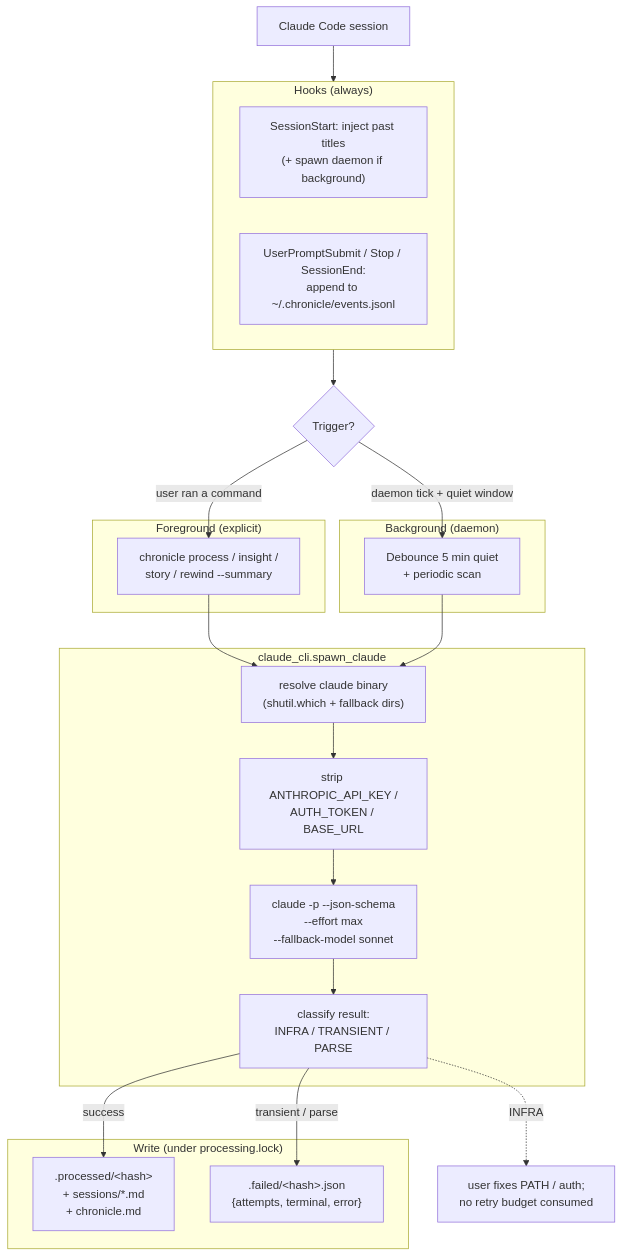
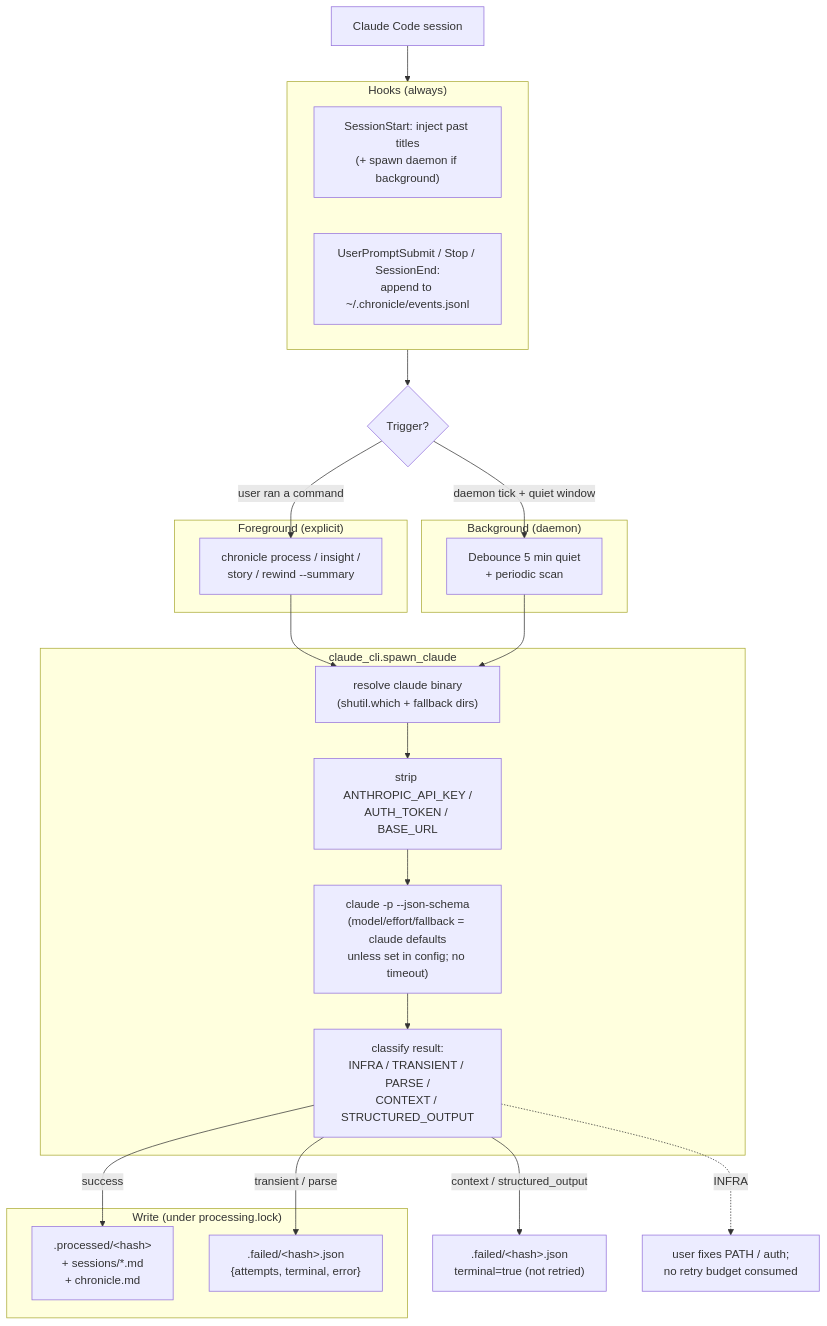
One commit to ehzawad/claudetalktoclaude changed the fourth of 7 diagrams in README.md. Above: the diagram before and after it, drawn with Mermaid. The commit also changed other lines of this file and 20 other files, not shown here.

````diff
--- a/README.md
+++ b/README.md
@@ -251,40 +251,41 @@
 ```mermaid
 flowchart TB
     subgraph hooks["Hooks (always)"]
         SS["SessionStart: inject past titles<br/>(+ spawn daemon if background)"]
         LOG["UserPromptSubmit / Stop / SessionEnd:<br/>append to ~/.chronicle/events.jsonl"]
     end
 
     TRIG{"Trigger?"}
 
     subgraph fg["Foreground (explicit)"]
         FG["chronicle process / insight /<br/>story / rewind --summary"]
     end
 
     subgraph bg["Background (daemon)"]
         BG["Debounce 5 min quiet<br/>+ periodic scan"]
     end
 
     subgraph pipeline["claude_cli.spawn_claude"]
         RESOLVE["resolve claude binary<br/>(shutil.which + fallback dirs)"]
         ENV["strip ANTHROPIC_API_KEY /<br/>AUTH_TOKEN / BASE_URL"]
-        SPAWN["claude -p --json-schema<br/>--effort max<br/>--fallback-model sonnet"]
-        CLASSIFY["classify result:<br/>INFRA / TRANSIENT / PARSE"]
+        SPAWN["claude -p --json-schema<br/>(model/effort/fallback = claude defaults<br/>unless set in config; no timeout)"]
+        CLASSIFY["classify result:<br/>INFRA / TRANSIENT / PARSE /<br/>CONTEXT / STRUCTURED_OUTPUT"]
     end
 
     subgraph write["Write (under processing.lock)"]
         OK[".processed/&lt;hash&gt;<br/>+ sessions/*.md<br/>+ chronicle.md"]
         FAIL[".failed/&lt;hash&gt;.json<br/>{attempts, terminal, error}"]
     end
 
     CC["Claude Code session"] --> hooks
     hooks --> TRIG
     TRIG -->|"user ran a command"| FG
     TRIG -->|"daemon tick + quiet window"| BG
     FG --> RESOLVE
     BG --> RESOLVE
     RESOLVE --> ENV --> SPAWN --> CLASSIFY
     CLASSIFY -->|success| OK
     CLASSIFY -->|transient / parse| FAIL
+    CLASSIFY -->|context / structured_output| TERM[".failed/&lt;hash&gt;.json<br/>terminal=true (not retried)"]
     CLASSIFY -.->|INFRA| config_fix["user fixes PATH / auth;<br/>no retry budget consumed"]
 ```
````
